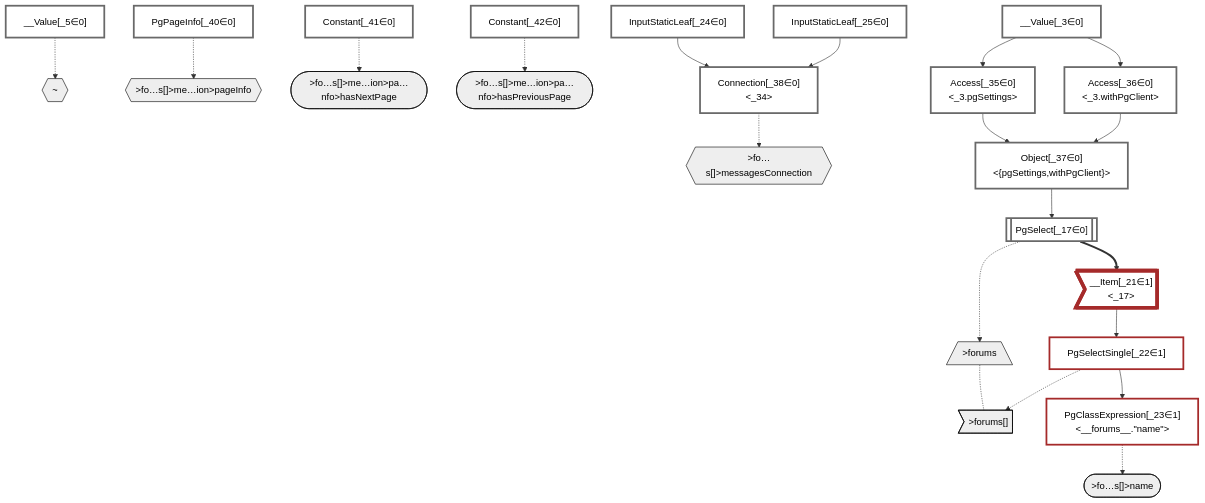
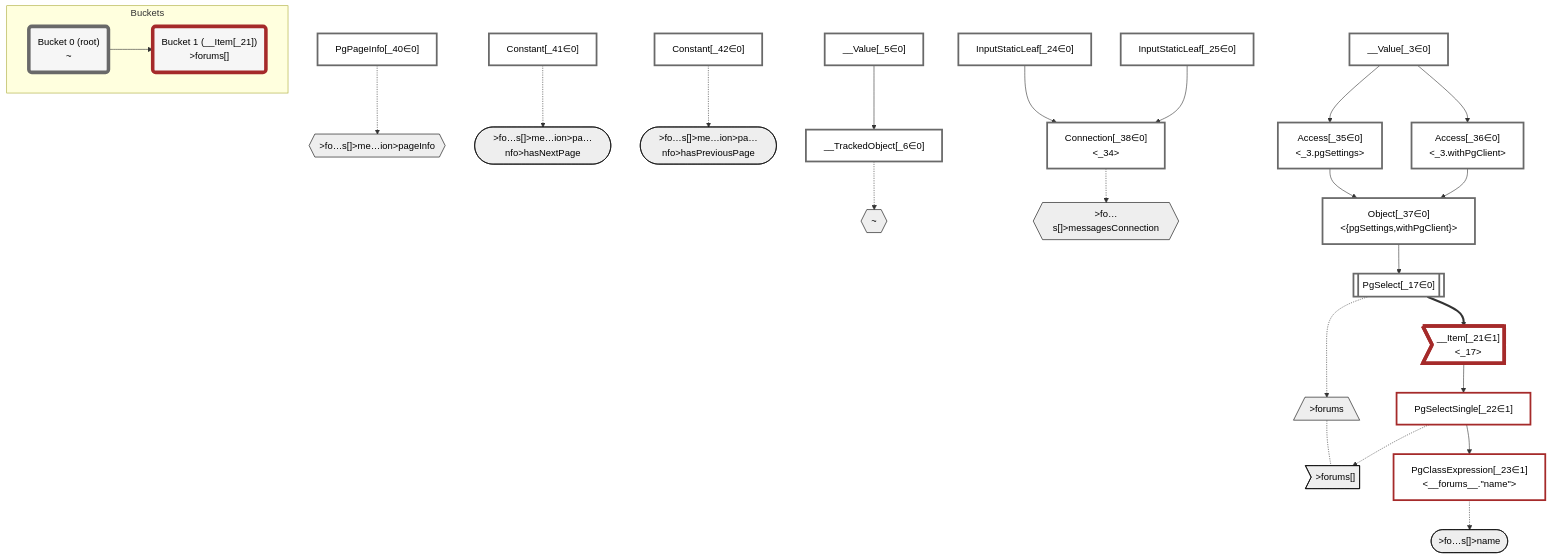
Before and after one commit to graphile/crystal: the diagram in packages/dataplan-pg/__tests__/queries/connections/empty.deopt.mermaid.md, drawn with Mermaid. The commit also changed 195 other files, not shown here.

````diff
--- a/packages/dataplan-pg/__tests__/queries/connections/empty.deopt.mermaid.md
+++ b/packages/dataplan-pg/__tests__/queries/connections/empty.deopt.mermaid.md
@@ -1,70 +1,81 @@
 ```mermaid
 graph TD
     classDef path fill:#eee,stroke:#000,color:#000
     classDef plan fill:#fff,stroke-width:3px,color:#000
     classDef itemplan fill:#fff,stroke-width:6px,color:#000
     classDef sideeffectplan fill:#f00,stroke-width:6px,color:#000
+    classDef bucket fill:#f6f6f6,color:#000,stroke-width:6px
 
     %% subgraph fields
     P1{{"~"}}:::path
     P2[/">forums"\]:::path
     P3>">forums[]"]:::path
     P2 -.- P3
     P4([">fo…s[]>name"]):::path
     %% P3 -.-> P4
     P5{{">fo…s[]>messagesConnection"}}:::path
     P6{{">fo…s[]>me…ion>pageInfo"}}:::path
     P7([">fo…s[]>me…ion>pa…nfo>hasNextPage"]):::path
     %% P6 -.-> P7
     P8([">fo…s[]>me…ion>pa…nfo>hasPreviousPage"]):::path
     %% P6 -.-> P8
     %% P5 -.-> P6
     %% P3 -.-> P5
     %% P1 -.-> P2
     %% end
 
     %% define plans
     __Value_3["__Value[_3∈0]<br /><context>"]:::plan
     __Value_5["__Value[_5∈0]<br /><rootValue>"]:::plan
+    __TrackedObject_6["__TrackedObject[_6∈0]"]:::plan
     PgSelect_17[["PgSelect[_17∈0]<br /><forums>"]]:::plan
     __Item_21>"__Item[_21∈1]<br /><_17>"]:::itemplan
     PgSelectSingle_22["PgSelectSingle[_22∈1]<br /><forums>"]:::plan
     PgClassExpression_23["PgClassExpression[_23∈1]<br /><__forums__.#quot;name#quot;>"]:::plan
     InputStaticLeaf_24["InputStaticLeaf[_24∈0]"]:::plan
     InputStaticLeaf_25["InputStaticLeaf[_25∈0]"]:::plan
     Access_35["Access[_35∈0]<br /><_3.pgSettings>"]:::plan
     Access_36["Access[_36∈0]<br /><_3.withPgClient>"]:::plan
     Object_37["Object[_37∈0]<br /><{pgSettings,withPgClient}>"]:::plan
     Connection_38["Connection[_38∈0]<br /><_34>"]:::plan
     PgPageInfo_40["PgPageInfo[_40∈0]"]:::plan
     Constant_41["Constant[_41∈0]"]:::plan
     Constant_42["Constant[_42∈0]"]:::plan
 
     %% plan dependencies
+    __Value_5 --> __TrackedObject_6
     Object_37 --> PgSelect_17
     PgSelect_17 ==> __Item_21
     __Item_21 --> PgSelectSingle_22
     PgSelectSingle_22 --> PgClassExpression_23
     __Value_3 --> Access_35
     __Value_3 --> Access_36
     Access_35 --> Object_37
     Access_36 --> Object_37
     InputStaticLeaf_24 --> Connection_38
     InputStaticLeaf_25 --> Connection_38
 
     %% plan-to-path relationships
-    __Value_5 -.-> P1
+    __TrackedObject_6 -.-> P1
     PgSelect_17 -.-> P2
     PgSelectSingle_22 -.-> P3
     PgClassExpression_23 -.-> P4
     Connection_38 -.-> P5
     PgPageInfo_40 -.-> P6
     Constant_41 -.-> P7
     Constant_42 -.-> P8
 
     %% allocate buckets
     classDef bucket0 stroke:#696969
-    class __Value_3,__Value_5,PgSelect_17,InputStaticLeaf_24,InputStaticLeaf_25,Access_35,Access_36,Object_37,Connection_38,PgPageInfo_40,Constant_41,Constant_42 bucket0
+    class __Value_3,__Value_5,__TrackedObject_6,PgSelect_17,InputStaticLeaf_24,InputStaticLeaf_25,Access_35,Access_36,Object_37,Connection_38,PgPageInfo_40,Constant_41,Constant_42 bucket0
     classDef bucket1 stroke:#a52a2a
     class __Item_21,PgSelectSingle_22,PgClassExpression_23 bucket1
+
+    subgraph Buckets
+    Bucket0("Bucket 0 (root)<br />~"):::bucket
+    style Bucket0 stroke:#696969
+    Bucket1("Bucket 1 (__Item[_21])<br />>forums[]"):::bucket
+    style Bucket1 stroke:#a52a2a
+    Bucket0 --> Bucket1
+    end
 ```
````
